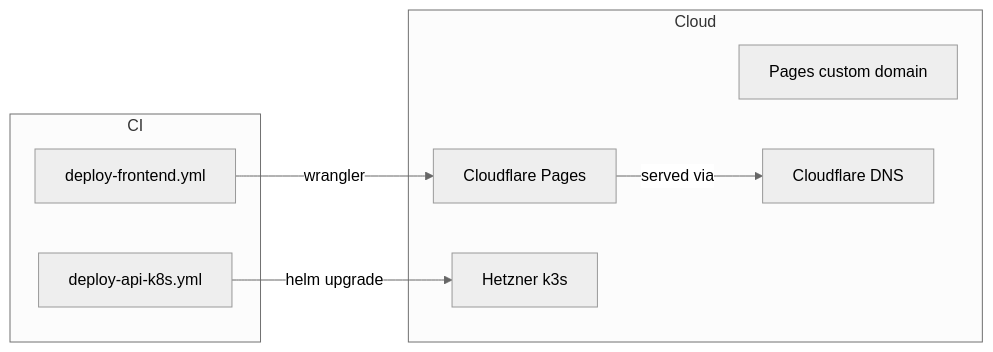
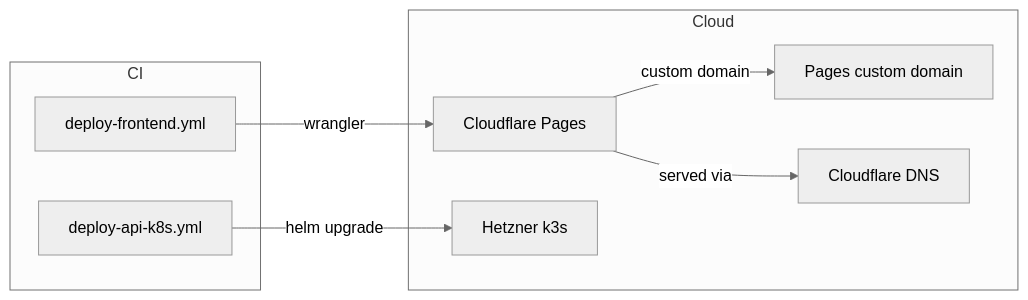
Before and after one commit to Ishou/wordsparrow: the second of 5 diagrams in README.md, drawn with Mermaid (neutral theme). The commit also changed other lines of this file and 5 other files, not shown here.

First line of the commit message:
fix(infra-diagrams): close coherence gaps and harden diagram rendering

````diff
--- a/README.md
+++ b/README.md
@@ -103,16 +104,17 @@
 ```mermaid
 flowchart LR
   subgraph CI
     deploy_api_k8s["deploy-api-k8s.yml"]
     deploy_frontend["deploy-frontend.yml"]
   end
   subgraph Cloud
     pages["Cloudflare Pages"]
     pagesdomain["Pages custom domain"]
     dns["Cloudflare DNS"]
     k3s["Hetzner k3s"]
   end
   deploy_frontend -->|wrangler| pages
   deploy_api_k8s -->|helm upgrade| k3s
+  pages -->|custom domain| pagesdomain
   pages -->|served via| dns
 ```
````
